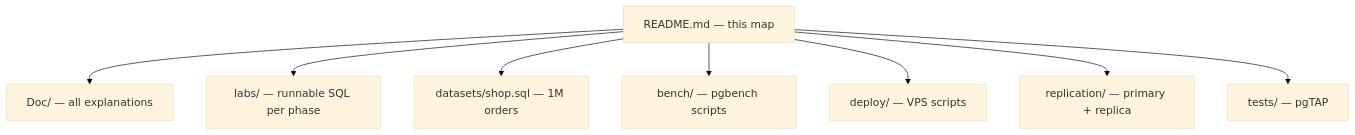
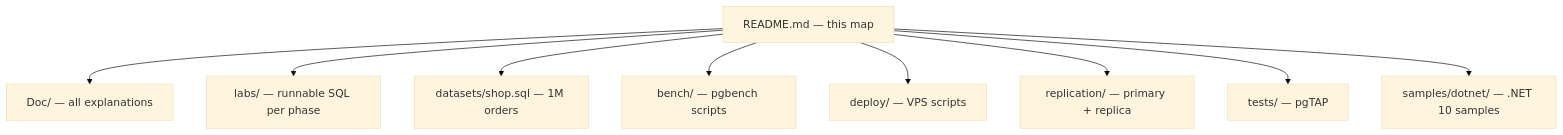
Before and after one commit to wesamkhateeb98-creator/postgresql-zero-to-hero: the second of 3 diagrams in README.md, drawn with Mermaid (base theme). The commit also changed other lines of this file and 57 other files, not shown here.

````diff
--- a/README.md
+++ b/README.md
@@ -15,10 +15,11 @@
 ```mermaid
 flowchart TD
     R["README.md — this map"] --> DOC["Doc/ — all explanations"]
     R --> LAB["labs/ — runnable SQL per phase"]
     R --> DS["datasets/shop.sql — 1M orders"]
     R --> BEN["bench/ — pgbench scripts"]
     R --> DEP["deploy/ — VPS scripts"]
     R --> REP["replication/ — primary + replica"]
     R --> TST["tests/ — pgTAP"]
+    R --> NET["samples/dotnet/ — .NET 10 samples"]
 ```
````
